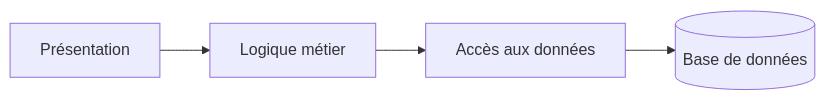
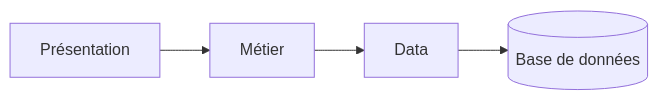
The first of 2 diagrams in ARCHITECTURE.md (donnatchris/DDD), drawn with Mermaid before and after one commit. The commit also changed other lines of this file, not shown here.

````diff
--- a/ARCHITECTURE.md
+++ b/ARCHITECTURE.md
@@ -68,6 +68,6 @@
 ```mermaid
 flowchart LR
-    A[Présentation] --> B[Logique métier]
-    B --> C[Accès aux données]
+    A[Présentation] --> B[Métier]
+    B --> C[Data]
     C --> D[(Base de données)]
 ```
````
